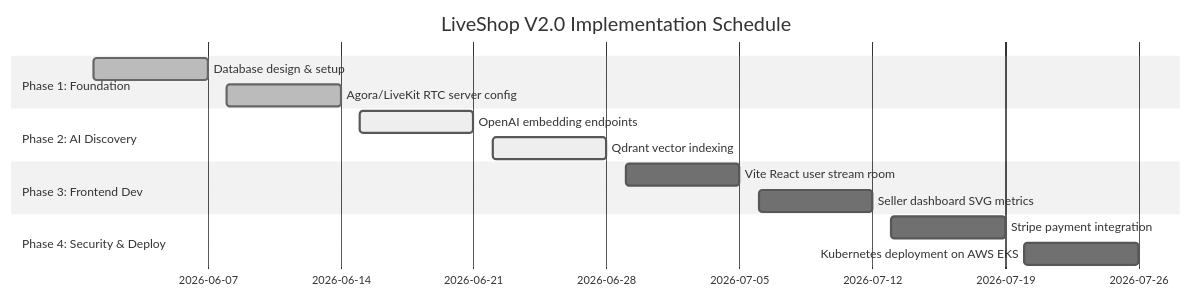
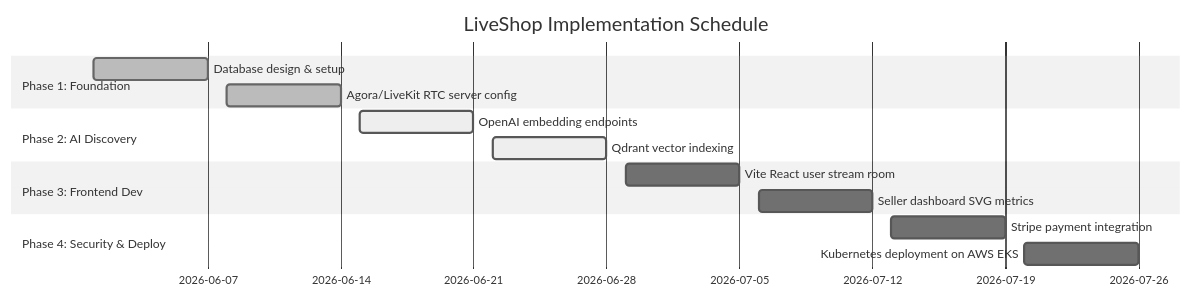
One commit to vijaymahes9080/LiveShop-AI-Interactive-Live-Commerce-Platform changed the third of 3 diagrams in final_report.md. Above: the diagram before and after it, drawn with Mermaid (neutral theme). The commit also changed other lines of this file and 9 other files, not shown here.

````diff
--- a/final_report.md
+++ b/final_report.md
@@ -292,17 +292,17 @@
 ```mermaid
 gantt
-    title LiveShop V2.0 Implementation Schedule
+    title LiveShop Implementation Schedule
     dateFormat  YYYY-MM-DD
     section Phase 1: Foundation
     Database design & setup          :done,    des1, 2026-06-01, 2026-06-07
     Agora/LiveKit RTC server config  :done,    des2, 2026-06-08, 2026-06-14
     section Phase 2: AI Discovery
     OpenAI embedding endpoints      :active,  des3, 2026-06-15, 2026-06-21
     Qdrant vector indexing           :active,  des4, 2026-06-22, 2026-06-28
     section Phase 3: Frontend Dev
     Vite React user stream room      :         des5, 2026-06-29, 2026-07-05
     Seller dashboard SVG metrics     :         des6, 2026-07-06, 2026-07-12
     section Phase 4: Security & Deploy
     Stripe payment integration       :         des7, 2026-07-13, 2026-07-19
     Kubernetes deployment on AWS EKS :         des8, 2026-07-20, 2026-07-26
 ```
````
